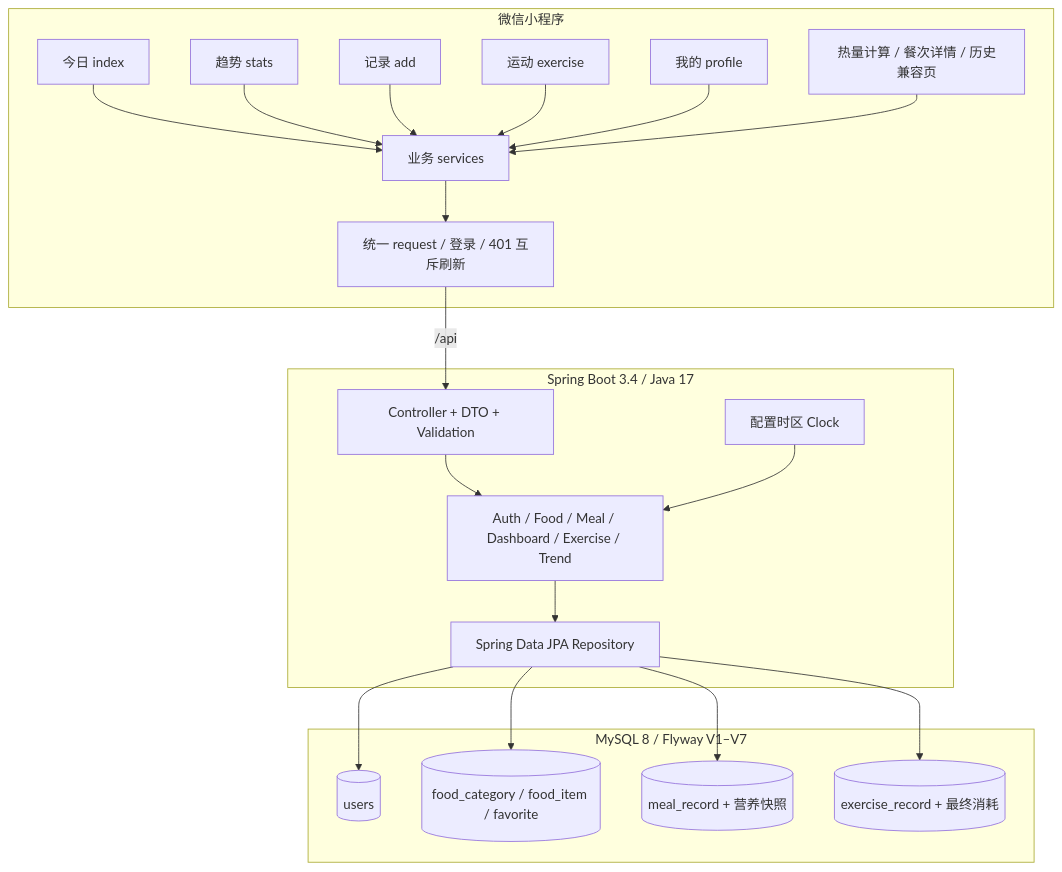
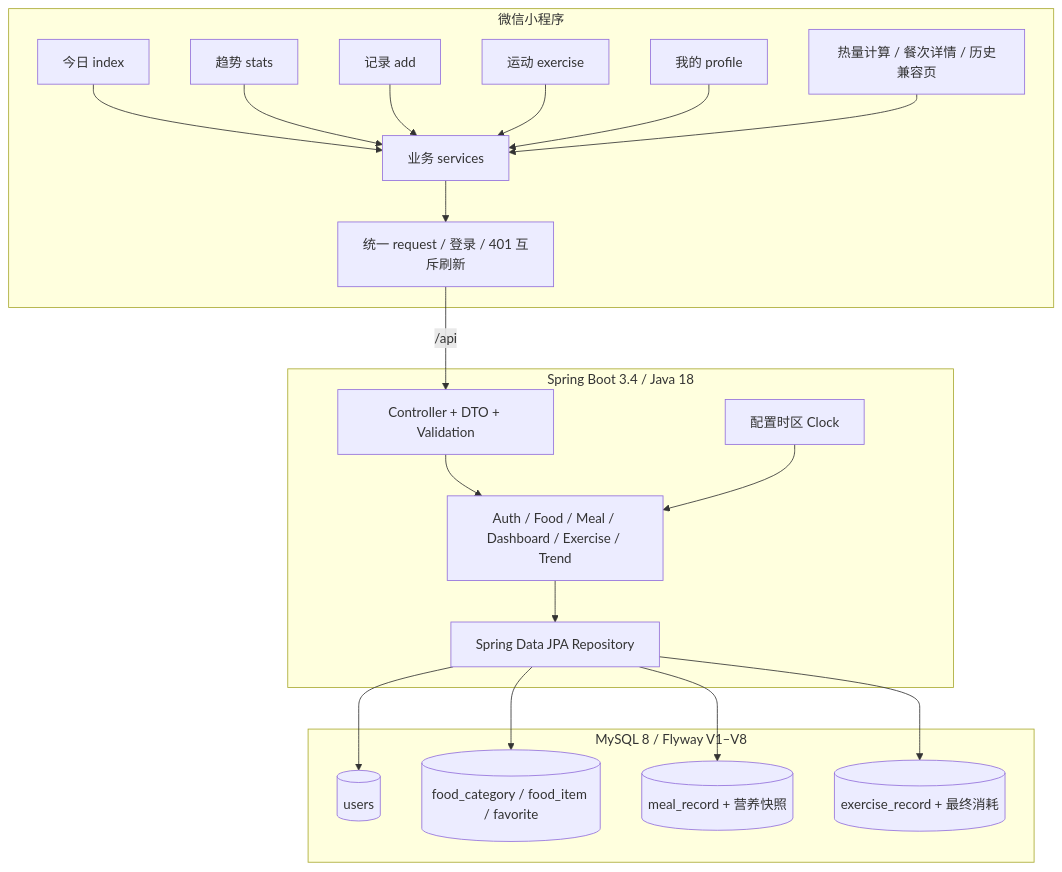
The first of 3 diagrams in docs/architecture.md (Lanlnn/diet-tracker), drawn with Mermaid before and after one commit. The commit also changed other lines of this file and 72 other files, not shown here.

````diff
--- a/docs/architecture.md
+++ b/docs/architecture.md
@@ -7,42 +7,42 @@
 ```mermaid
 graph TB
     subgraph "微信小程序"
         TODAY["今日 index"]
         TREND["趋势 stats"]
         RECORD["记录 add"]
         EXERCISE["运动 exercise"]
         PROFILE["我的 profile"]
         PAGES["热量计算 / 餐次详情 / 历史兼容页"]
         SERVICES["业务 services"]
         REQUEST["统一 request / 登录 / 401 互斥刷新"]
         TODAY --> SERVICES
         TREND --> SERVICES
         RECORD --> SERVICES
         EXERCISE --> SERVICES
         PROFILE --> SERVICES
         PAGES --> SERVICES
         SERVICES --> REQUEST
     end
 
-    subgraph "Spring Boot 3.4 / Java 17"
+    subgraph "Spring Boot 3.4 / Java 18"
         CONTROLLER["Controller + DTO + Validation"]
         SERVICE["Auth / Food / Meal / Dashboard / Exercise / Trend"]
         REPOSITORY["Spring Data JPA Repository"]
         CLOCK["配置时区 Clock"]
         REQUEST -->|"/api"| CONTROLLER
         CONTROLLER --> SERVICE
         CLOCK --> SERVICE
         SERVICE --> REPOSITORY
     end
 
-    subgraph "MySQL 8 / Flyway V1–V7"
+    subgraph "MySQL 8 / Flyway V1–V8"
         USER[(users)]
         FOOD[(food_category / food_item / favorite)]
         MEAL[(meal_record + 营养快照)]
         SPORT[(exercise_record + 最终消耗)]
         REPOSITORY --> USER
         REPOSITORY --> FOOD
         REPOSITORY --> MEAL
         REPOSITORY --> SPORT
     end
 ```
````
